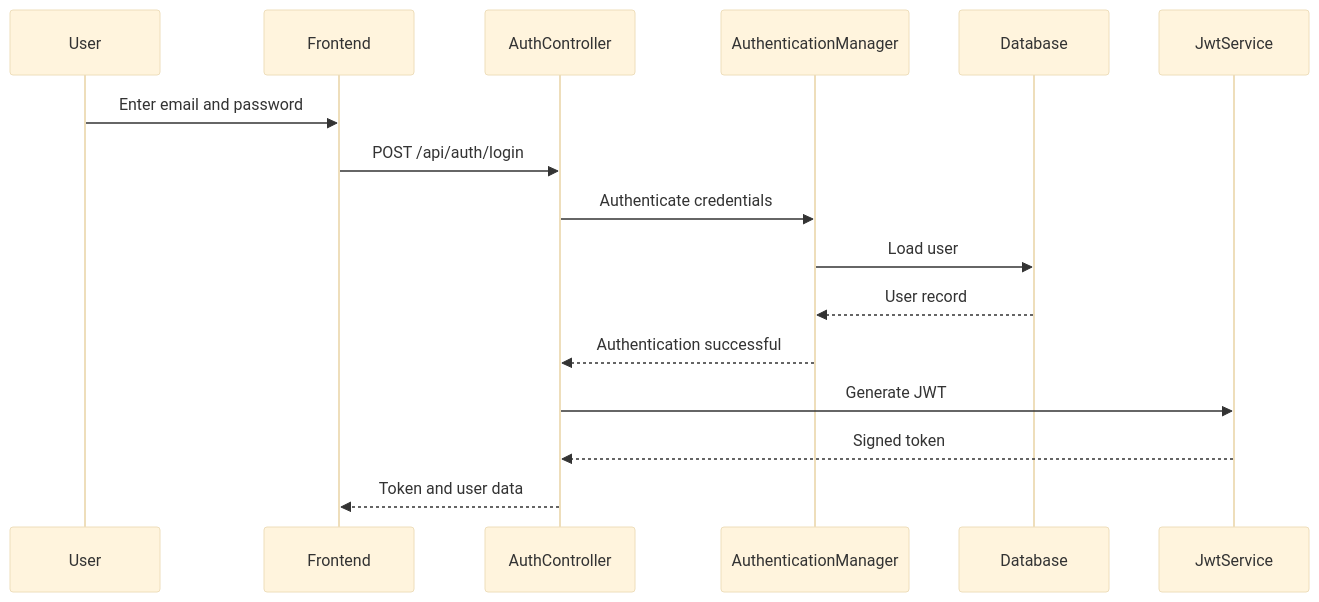
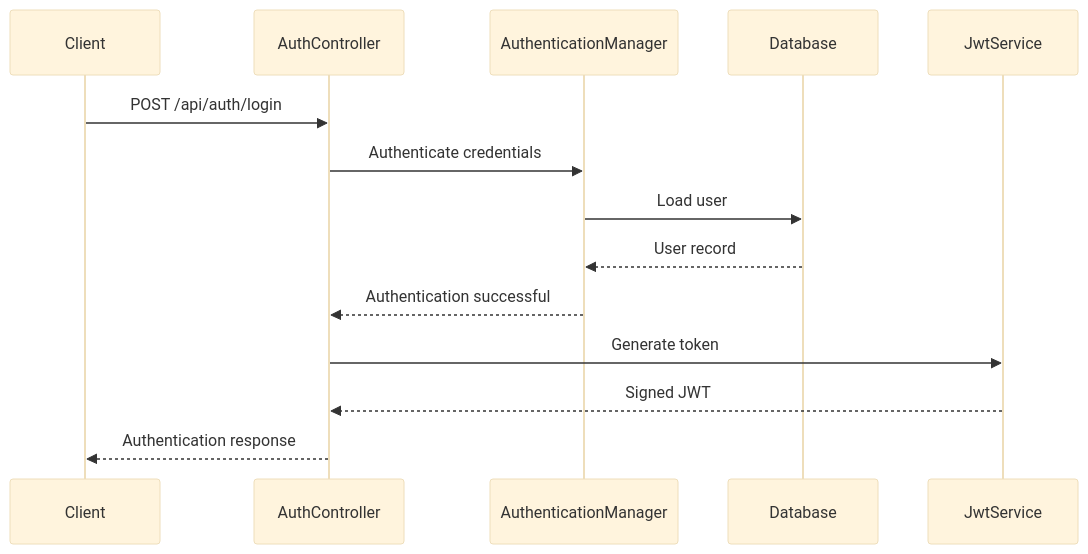
The second of 4 diagrams in README.md (AkramSE/Contact-Manager-API), drawn with Mermaid (base theme) before and after one commit. The commit also changed other lines of this file, not shown here.

````diff
--- a/README.md
+++ b/README.md
@@ -237,19 +113,17 @@
 ```mermaid
 sequenceDiagram
-    participant User
-    participant Frontend
+    participant Client
     participant AuthController
     participant AuthenticationManager
     participant Database
     participant JwtService
 
-    User->>Frontend: Enter email and password
-    Frontend->>AuthController: POST /api/auth/login
+    Client->>AuthController: POST /api/auth/login
     AuthController->>AuthenticationManager: Authenticate credentials
     AuthenticationManager->>Database: Load user
     Database-->>AuthenticationManager: User record
     AuthenticationManager-->>AuthController: Authentication successful
-    AuthController->>JwtService: Generate JWT
-    JwtService-->>AuthController: Signed token
-    AuthController-->>Frontend: Token and user data
+    AuthController->>JwtService: Generate token
+    JwtService-->>AuthController: Signed JWT
+    AuthController-->>Client: Authentication response
 ```
````
